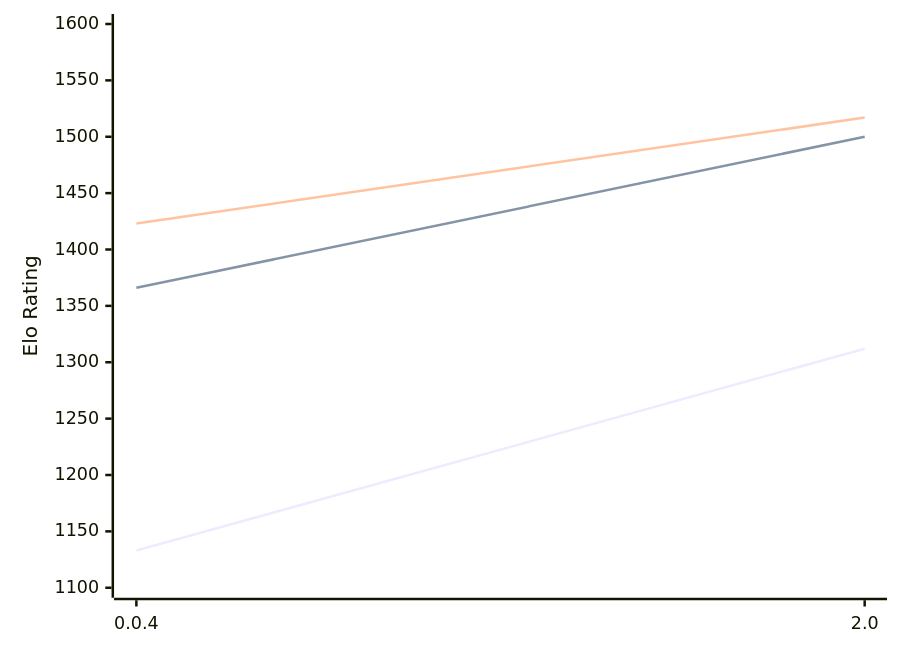
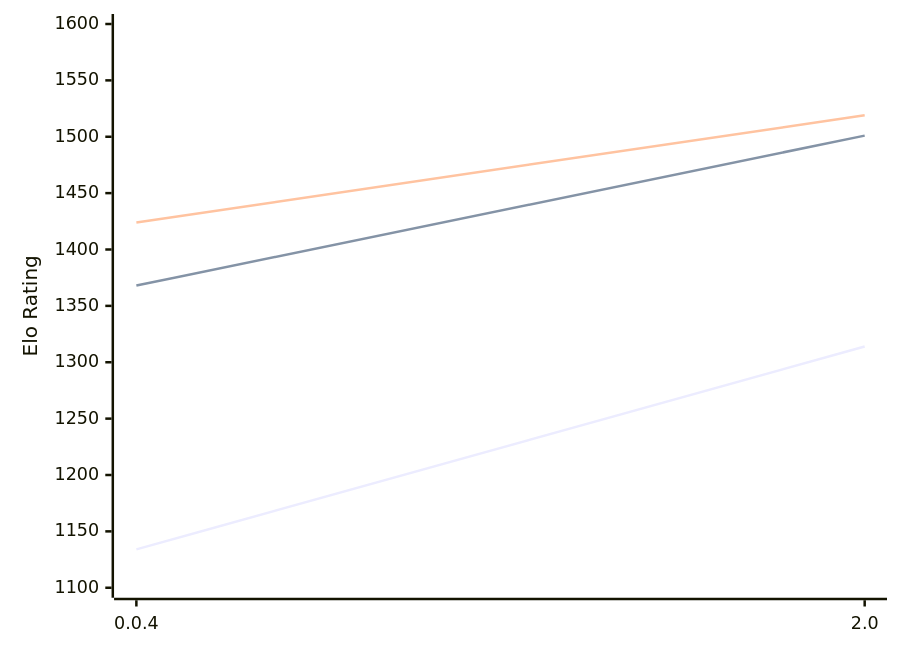
One commit to computer-chess-index/cci changed the diagram in engines/Oops!Mate.md. Above: the diagram before and after it, drawn with Mermaid. The commit also changed other lines of this file, not shown here.

Commit message:
Update CCI Ratings (ELO VLTC) - 2026-02-13

````diff
--- a/engines/Oops!Mate.md
+++ b/engines/Oops!Mate.md
@@ -48,9 +48,9 @@
 ```mermaid
 %%{init: {"theme":"base","themeVariables":{"seriesColors:['#a3a3a3','#222221','#faa371']}}}%%
 xychart-beta
   x-axis ["0.0.4", "2.0"]
   y-axis "Elo Rating" 1100 --> 1600
-  line "STC (8.0+0.08s)" [1133, 1312]
-  line "LTC (60.0+0.60s)" [1366, 1500]
-  line "VLTC (2m24s+1.12s)" [1423, 1517]
+  line "STC (8.0+0.08s)" [1134, 1314]
+  line "LTC (60.0+0.60s)" [1368, 1501]
+  line "VLTC (2m24s+1.12s)" [1424, 1519]
 ```
````
